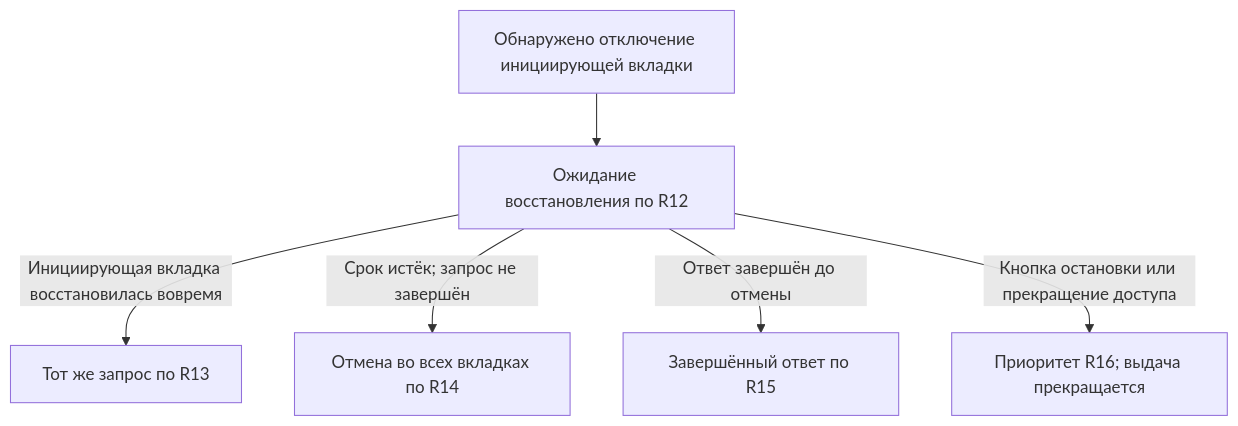
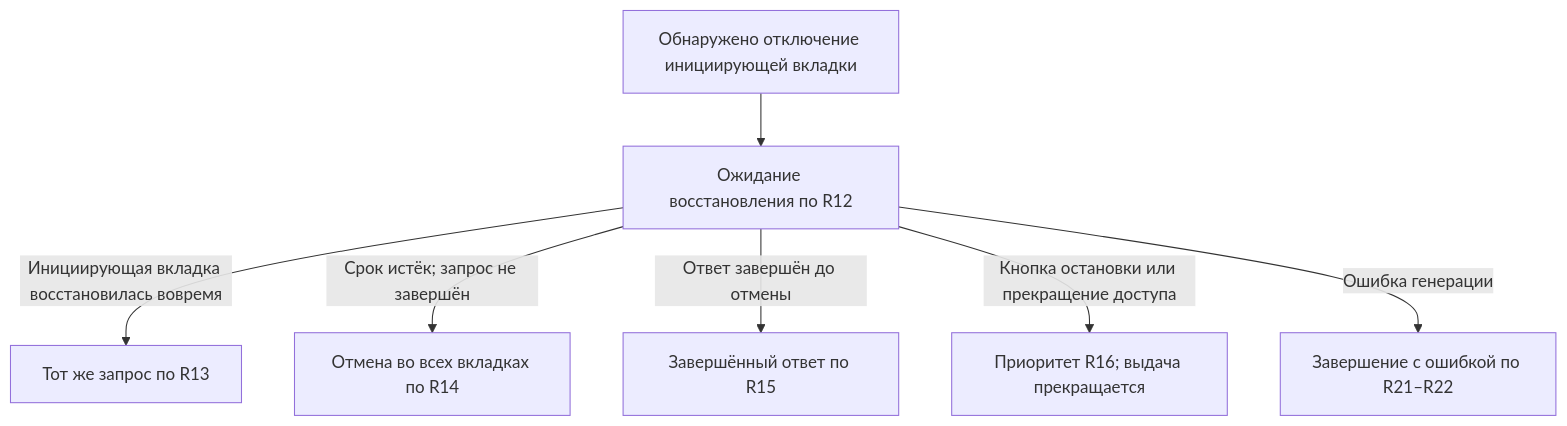
The second of 2 diagrams in harness/project/docs/plans/2026-10-13-0244-feat-rag-answer-lifecycle-plan.md (OctaDim/Multi_User_RAG_Assist_System), drawn with Mermaid before and after one commit. The commit also changed other lines of this file and 2 other files, not shown here.

````diff
--- a/harness/project/docs/plans/2026-10-13-0244-feat-rag-answer-lifecycle-plan.md
+++ b/harness/project/docs/plans/2026-10-13-0244-feat-rag-answer-lifecycle-plan.md
@@ -112,8 +121,9 @@
 ```mermaid
 flowchart TB
     disconnect["Обнаружено отключение инициирующей вкладки"] --> grace["Ожидание восстановления по R12"]
     grace -->|"Инициирующая вкладка восстановилась вовремя"| same["Тот же запрос по R13"]
     grace -->|"Срок истёк; запрос не завершён"| cancelled["Отмена во всех вкладках по R14"]
     grace -->|"Ответ завершён до отмены"| complete["Завершённый ответ по R15"]
     grace -->|"Кнопка остановки или прекращение доступа"| priority["Приоритет R16; выдача прекращается"]
+    grace -->|"Ошибка генерации"| failed["Завершение с ошибкой по R21–R22"]
 ```
````
